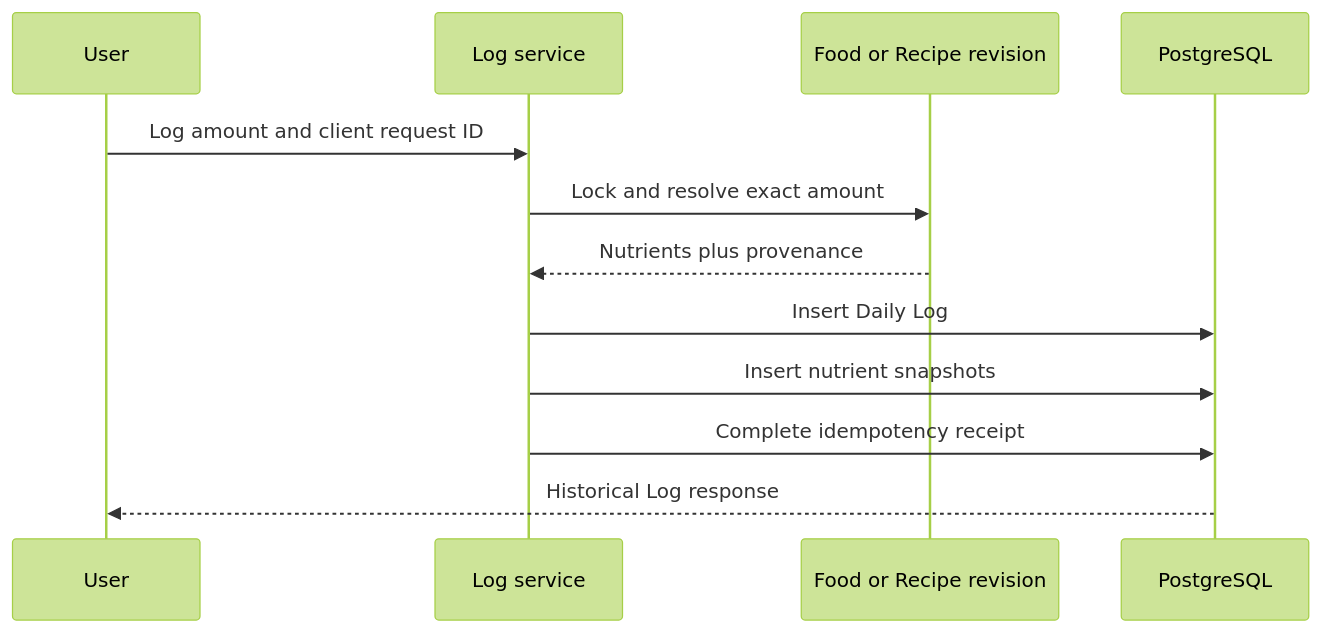
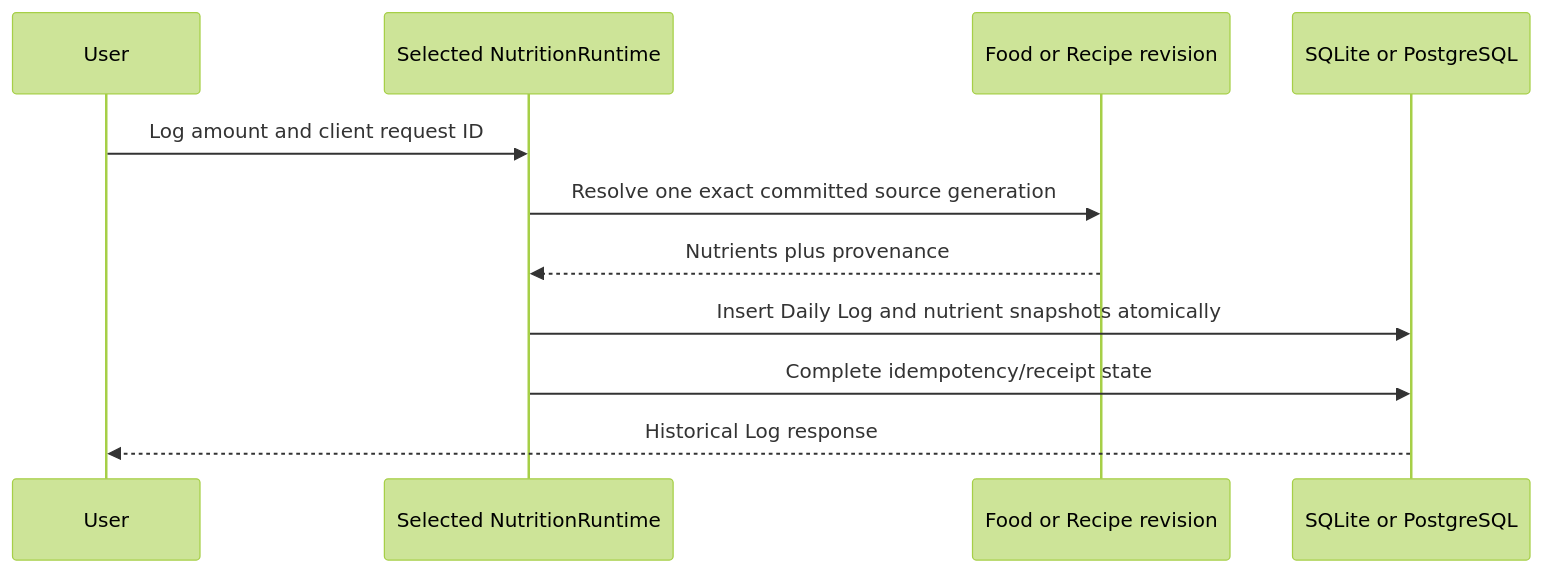
Before and after one commit to MitCaine/Nutrition-App: the second of 2 diagrams in docs/features/recipes-and-logging.md, drawn with Mermaid (forest theme). The commit also changed other lines of this file and 13 other files, not shown here.

````diff
--- a/docs/features/recipes-and-logging.md
+++ b/docs/features/recipes-and-logging.md
@@ -85,15 +88,14 @@
 ```mermaid
 sequenceDiagram
     participant User
-    participant Log as Log service
+    participant Runtime as Selected NutritionRuntime
     participant Source as Food or Recipe revision
-    participant DB as PostgreSQL
+    participant Store as SQLite or PostgreSQL
 
-    User->>Log: Log amount and client request ID
-    Log->>Source: Lock and resolve exact amount
-    Source-->>Log: Nutrients plus provenance
-    Log->>DB: Insert Daily Log
-    Log->>DB: Insert nutrient snapshots
-    Log->>DB: Complete idempotency receipt
-    DB-->>User: Historical Log response
+    User->>Runtime: Log amount and client request ID
+    Runtime->>Source: Resolve one exact committed source generation
+    Source-->>Runtime: Nutrients plus provenance
+    Runtime->>Store: Insert Daily Log and nutrient snapshots atomically
+    Runtime->>Store: Complete idempotency/receipt state
+    Store-->>User: Historical Log response
 ```
````
